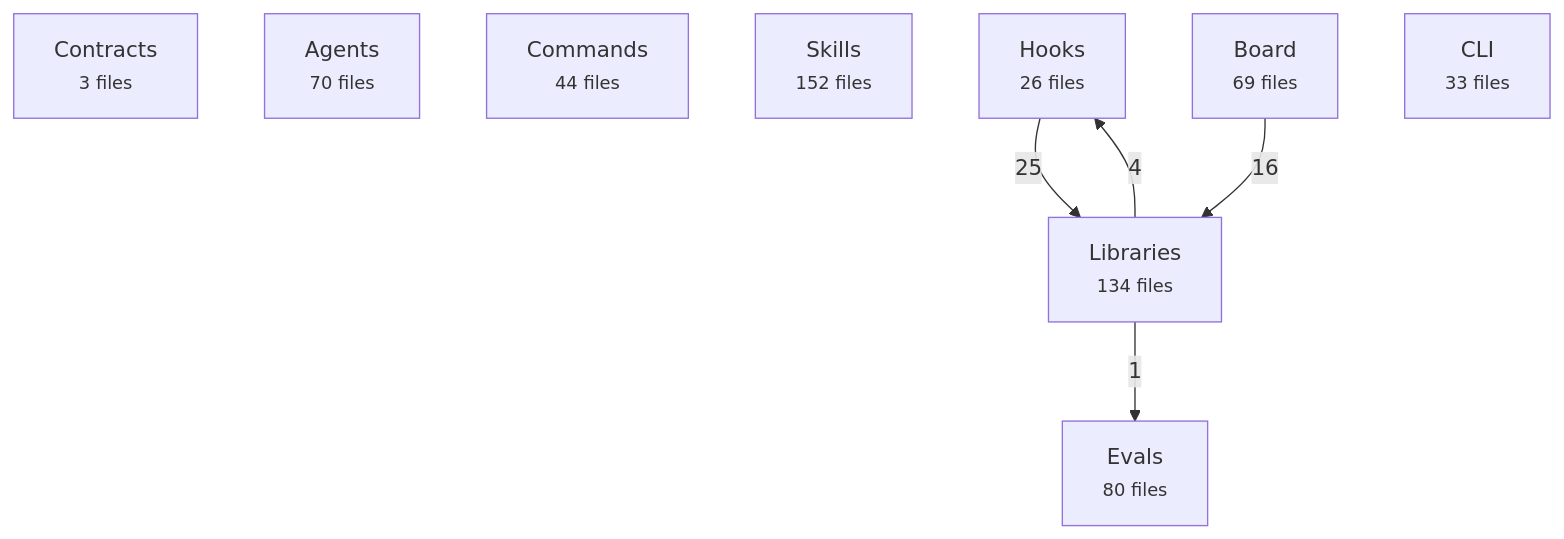
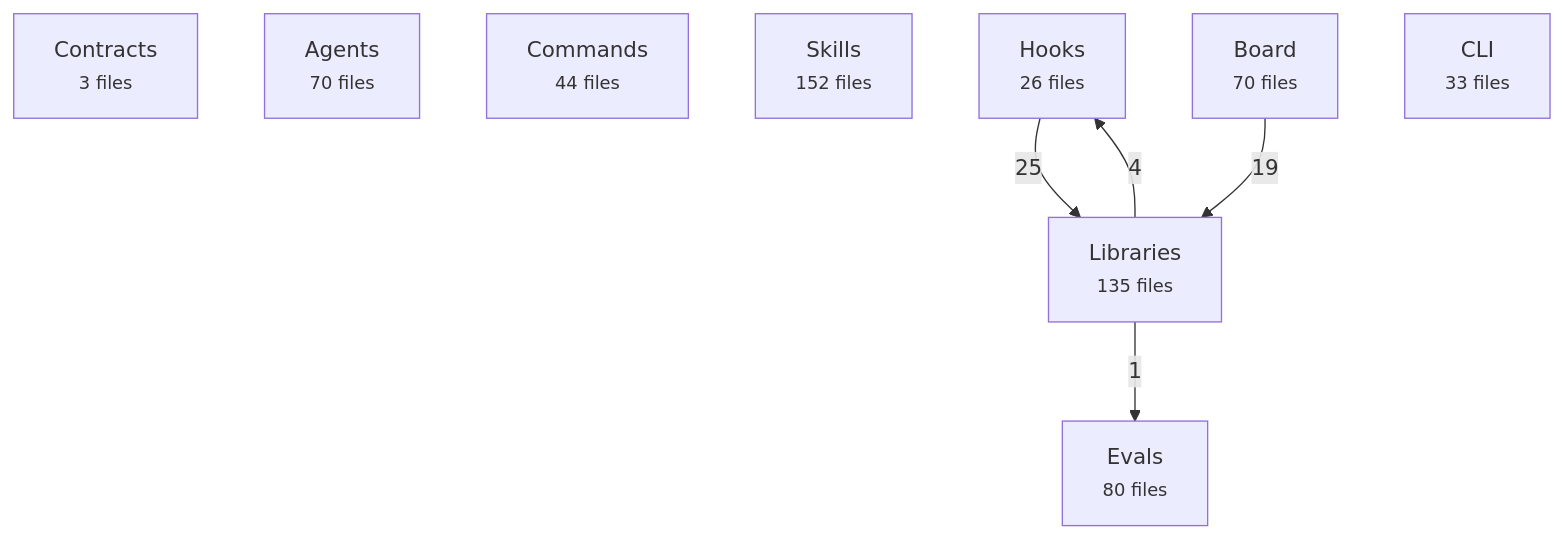
Before and after one commit to avelikiy/great_cto: the first of 2 diagrams in docs/reference/architecture-map.md, drawn with Mermaid. The commit also changed other lines of this file and 5 other files, not shown here.

````diff
--- a/docs/reference/architecture-map.md
+++ b/docs/reference/architecture-map.md
@@ -20,16 +20,16 @@
 ```mermaid
 flowchart TD
   contracts["Contracts<br/><small>3 files</small>"]
   agents["Agents<br/><small>70 files</small>"]
   commands["Commands<br/><small>44 files</small>"]
   skills["Skills<br/><small>152 files</small>"]
   hooks["Hooks<br/><small>26 files</small>"]
-  libs["Libraries<br/><small>134 files</small>"]
-  board["Board<br/><small>69 files</small>"]
+  libs["Libraries<br/><small>135 files</small>"]
+  board["Board<br/><small>70 files</small>"]
   cli["CLI<br/><small>33 files</small>"]
   evals["Evals<br/><small>80 files</small>"]
   hooks -->|25| libs
-  board -->|16| libs
+  board -->|19| libs
   libs -->|4| hooks
   libs -->|1| evals
 ```
````
